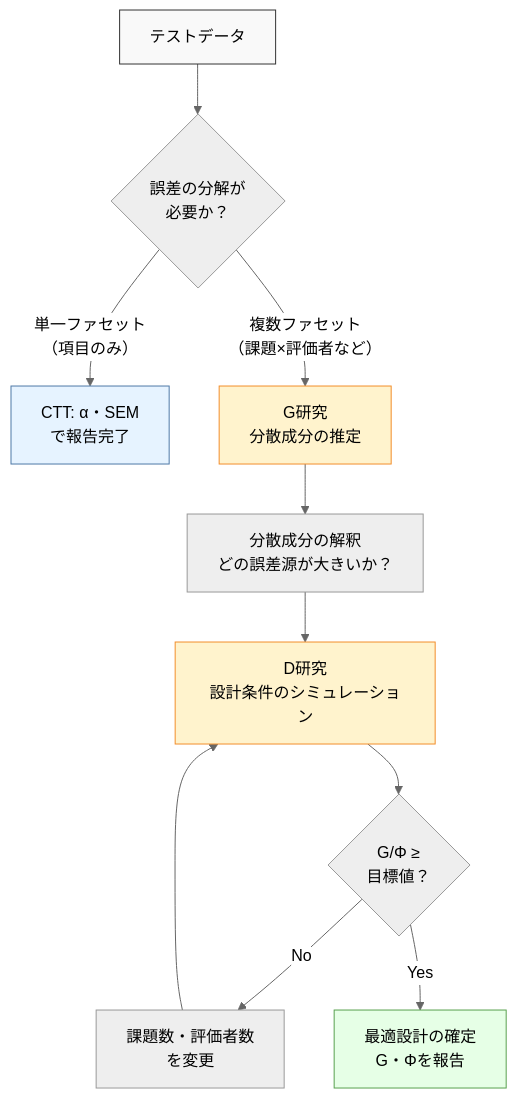
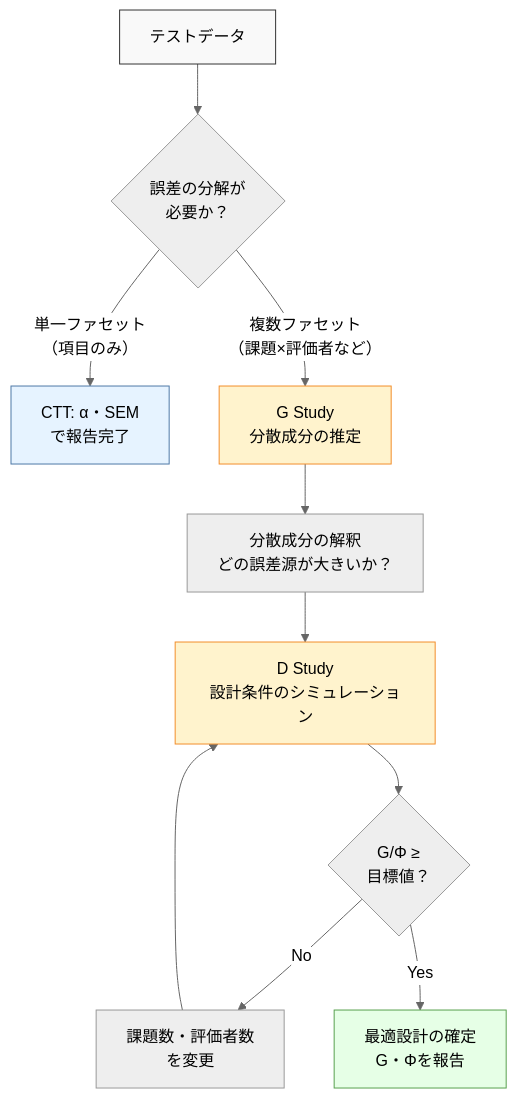
One commit to Ryuya-dot-com/ELE_Website_Statistics_Book changed the first of 4 diagrams in 10_一般化可能性理論.qmd. Above: the diagram before and after it, drawn with Mermaid (neutral theme). The commit also changed other lines of this file and 1020 other files, not shown here.

````diff
--- a/10_一般化可能性理論.qmd
+++ b/10_一般化可能性理論.qmd
@@ -201,20 +344,20 @@
 ```{mermaid}
 %%| label: fig-gtheory-workflow
 %%| fig-cap: "一般化可能性理論の分析フロー"
 flowchart TD
     A["テストデータ"] --> B{"誤差の分解が\n必要か？"}
     B -->|"単一ファセット\n（項目のみ）"| C["CTT: α・SEM\nで報告完了"]
-    B -->|"複数ファセット\n（課題×評価者など）"| D["G研究\n分散成分の推定"]
+    B -->|"複数ファセット\n（課題×評価者など）"| D["G Study\n分散成分の推定"]
     D --> E["分散成分の解釈\nどの誤差源が大きいか？"]
-    E --> F["D研究\n設計条件のシミュレーション"]
+    E --> F["D Study\n設計条件のシミュレーション"]
     F --> G{"G/Φ ≥\n目標値？"}
     G -->|"No"| H["課題数・評価者数\nを変更"]
     H --> F
     G -->|"Yes"| I["最適設計の確定\nG・Φを報告"]
 
     style A fill:#f9f9f9,stroke:#333
     style C fill:#e6f3ff,stroke:#4e79a7
     style D fill:#fff3cd,stroke:#f28e2b
     style F fill:#fff3cd,stroke:#f28e2b
     style I fill:#e6ffe6,stroke:#59a14f
 ```
````
